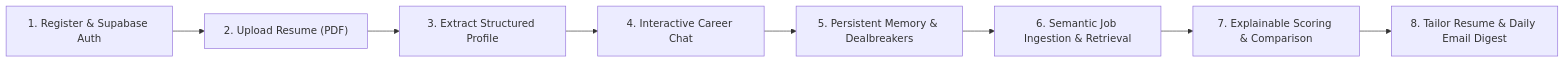
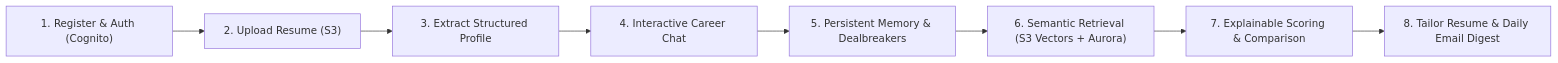
One commit to shubhojit-mitra-dev/ai-job-agent changed the diagram in docs/PRODUCT_SPEC.md. Above: the diagram before and after it, drawn with Mermaid. The commit also changed other lines of this file and 23 other files, not shown here.

Commit message:
docs(architecture): migrate platform architecture to AWS-native stack

````diff
--- a/docs/PRODUCT_SPEC.md
+++ b/docs/PRODUCT_SPEC.md
@@ -56,10 +56,10 @@
 ```mermaid
 flowchart LR
-    A["1. Register & Supabase Auth"] --> B["2. Upload Resume (PDF)"]
+    A["1. Register & Auth (Cognito)"] --> B["2. Upload Resume (S3)"]
     B --> C["3. Extract Structured Profile"]
     C --> D["4. Interactive Career Chat"]
     D --> E["5. Persistent Memory & Dealbreakers"]
-    E --> F["6. Semantic Job Ingestion & Retrieval"]
+    E --> F["6. Semantic Retrieval (S3 Vectors + Aurora)"]
     F --> G["7. Explainable Scoring & Comparison"]
     G --> H["8. Tailor Resume & Daily Email Digest"]
 ```
````
